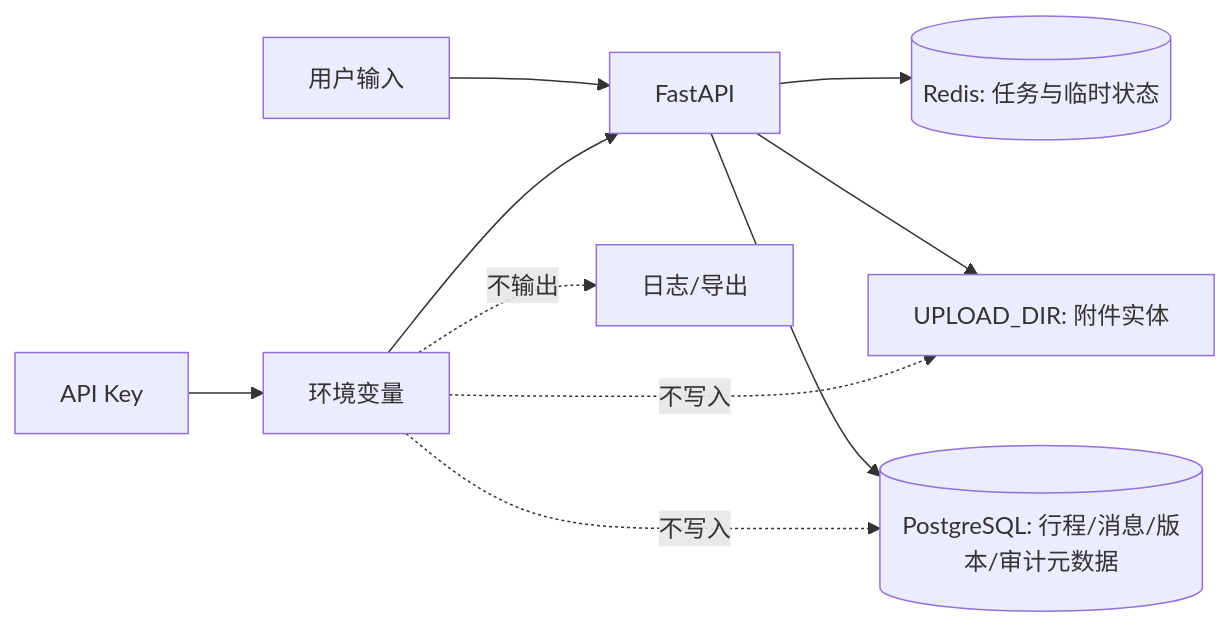
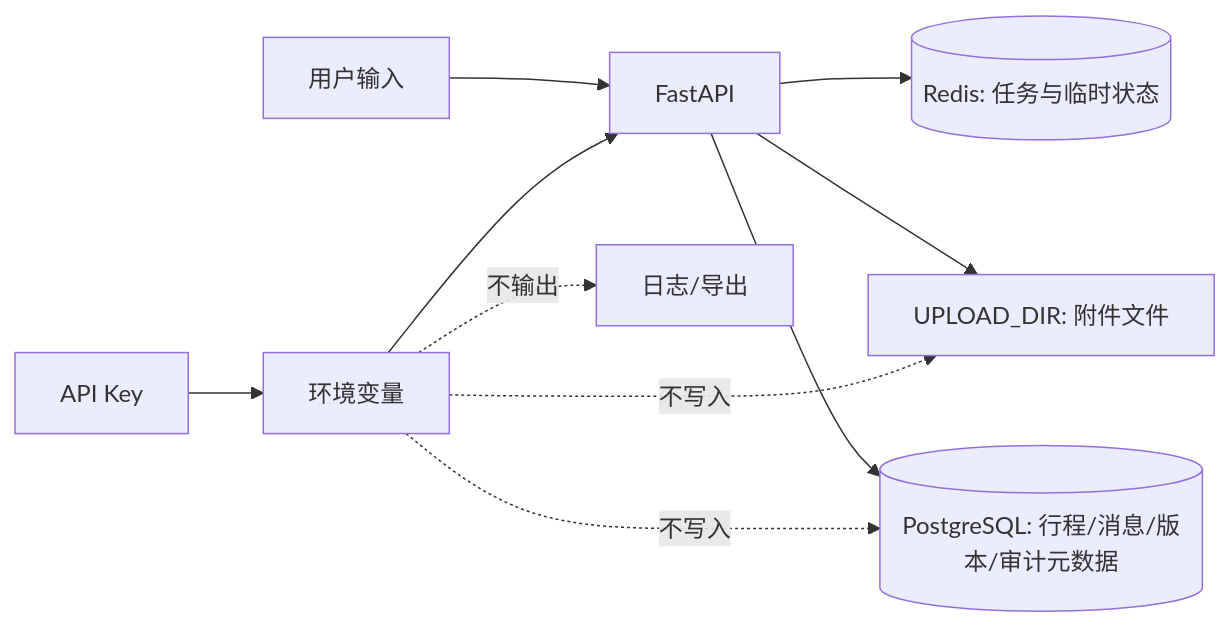
One commit to pigz2538/RoadMan-Public changed the third of 3 diagrams in submission/GOAI_Boundless_Agents/semifinal/04_安全边界与诚实降级展示.md. Above: the diagram before and after it, drawn with Mermaid. The commit also changed other lines of this file and 15 other files, not shown here.

````diff
--- a/submission/GOAI_Boundless_Agents/semifinal/04_安全边界与诚实降级展示.md
+++ b/submission/GOAI_Boundless_Agents/semifinal/04_安全边界与诚实降级展示.md
@@ -97,12 +100,12 @@
 ```mermaid
 flowchart LR
     U[用户输入] --> API[FastAPI]
     API --> DB[(PostgreSQL: 行程/消息/版本/审计元数据)]
-    API --> FS[UPLOAD_DIR: 附件实体]
+    API --> FS[UPLOAD_DIR: 附件文件]
     API --> Q[(Redis: 任务与临时状态)]
     K[API Key] --> ENV[环境变量]
     ENV --> API
     ENV -. 不写入 .-> DB
     ENV -. 不写入 .-> FS
     ENV -. 不输出 .-> LOG[日志/导出]
 ```
````
